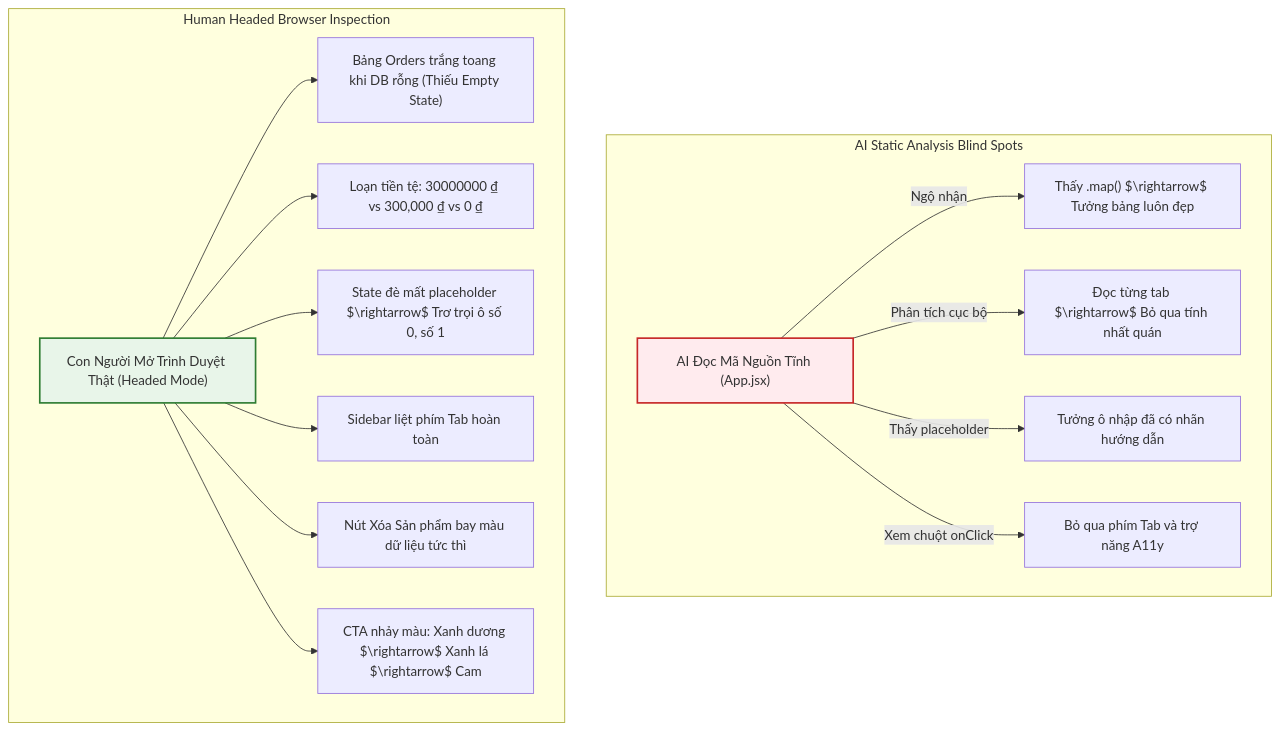
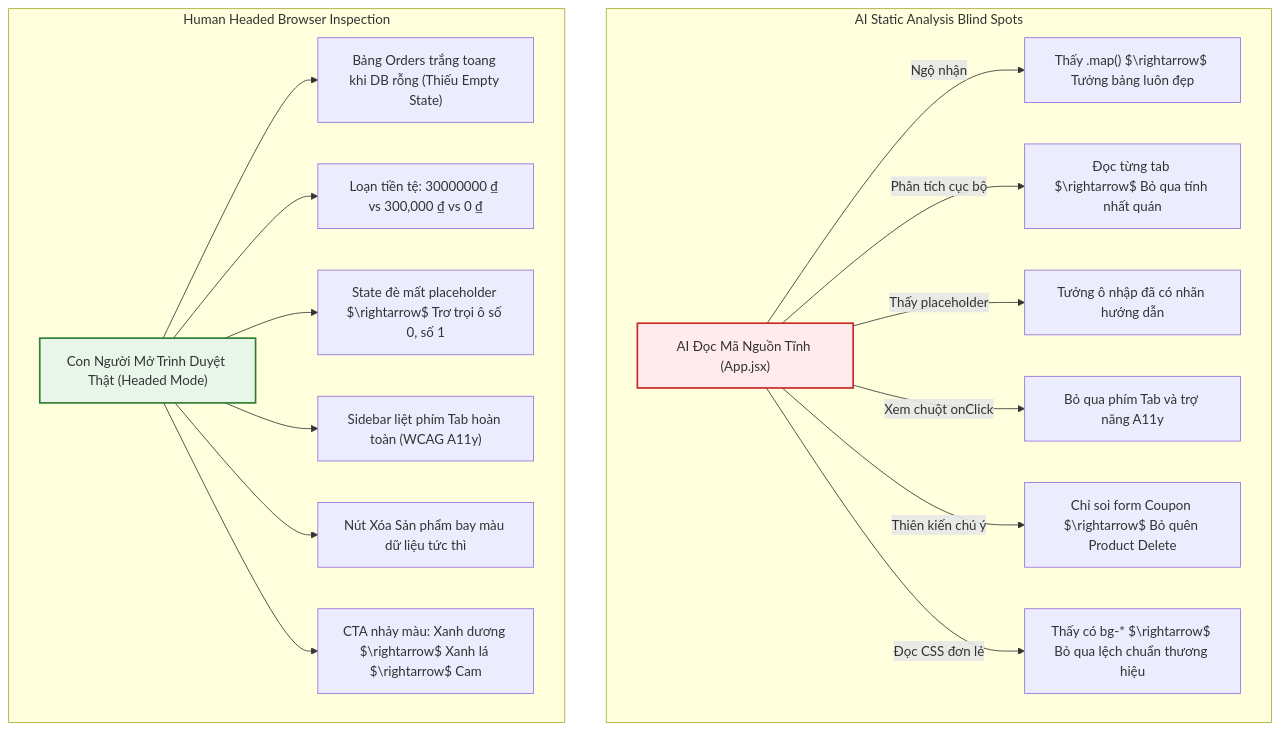
The third of 3 diagrams in reports/01_GUI_Checklist_Report.md (Hidebray/Homework-week03-SoftwareTesting), drawn with Mermaid before and after one commit. The commit also changed other lines of this file and 3 other files, not shown here.

````diff
--- a/reports/01_GUI_Checklist_Report.md
+++ b/reports/01_GUI_Checklist_Report.md
@@ -42,21 +62,23 @@
 ```mermaid
 graph TD
     subgraph AI Static Analysis Blind Spots
         AI["AI Đọc Mã Nguồn Tĩnh (App.jsx)"] -->|Ngộ nhận| S1["Thấy .map() $\rightarrow$ Tưởng bảng luôn đẹp"]
         AI -->|Phân tích cục bộ| S2["Đọc từng tab $\rightarrow$ Bỏ qua tính nhất quán"]
         AI -->|Thấy placeholder| S3["Tưởng ô nhập đã có nhãn hướng dẫn"]
         AI -->|Xem chuột onClick| S4["Bỏ qua phím Tab và trợ năng A11y"]
+        AI -->|Thiên kiến chú ý| S5["Chỉ soi form Coupon $\rightarrow$ Bỏ quên Product Delete"]
+        AI -->|Đọc CSS đơn lẻ| S6["Thấy có bg-* $\rightarrow$ Bỏ qua lệch chuẩn thương hiệu"]
     end
 
     subgraph Human Headed Browser Inspection
         Human["Con Người Mở Trình Duyệt Thật (Headed Mode)"] --> H1["Bảng Orders trắng toang khi DB rỗng (Thiếu Empty State)"]
         Human --> H2["Loạn tiền tệ: 30000000 ₫ vs 300,000 ₫ vs 0 ₫"]
         Human --> H3["State đè mất placeholder $\rightarrow$ Trơ trọi ô số 0, số 1"]
-        Human --> H4["Sidebar liệt phím Tab hoàn toàn"]
+        Human --> H4["Sidebar liệt phím Tab hoàn toàn (WCAG A11y)"]
         Human --> H5["Nút Xóa Sản phẩm bay màu dữ liệu tức thì"]
         Human --> H6["CTA nhảy màu: Xanh dương $\rightarrow$ Xanh lá $\rightarrow$ Cam"]
     end
 
     style AI fill:#ffebee,stroke:#c62828,stroke-width:2px;
     style Human fill:#e8f5e9,stroke:#2e7d32,stroke-width:2px;
 ```
````
